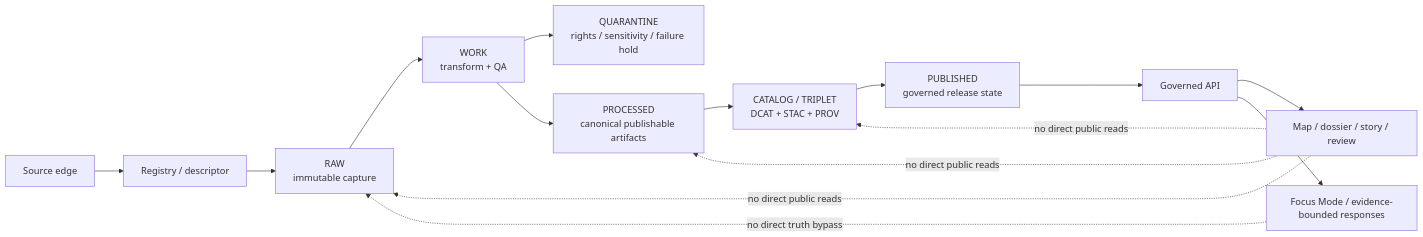
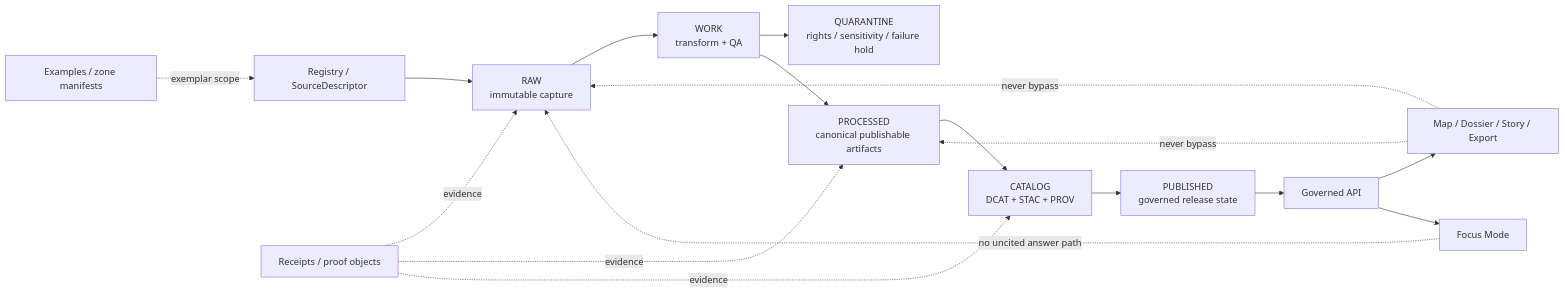
One commit to bartytime4life/Kansas-Frontier-Matrix changed the diagram in data/README.md. Above: the diagram before and after it, drawn with Mermaid. The commit also changed other lines of this file, not shown here.

````diff
--- a/data/README.md
+++ b/data/README.md
@@ -256,18 +264,21 @@
 ```mermaid
 flowchart LR
-    SRC[Source edge] --> REG[Registry / descriptor]
-    REG --> RAW[RAW<br/>immutable capture]
+    REG[Registry / SourceDescriptor] --> RAW[RAW<br/>immutable capture]
     RAW --> WORK[WORK<br/>transform + QA]
     WORK --> QUAR[QUARANTINE<br/>rights / sensitivity / failure hold]
     WORK --> PROC[PROCESSED<br/>canonical publishable artifacts]
-    PROC --> CAT[CATALOG / TRIPLET<br/>DCAT + STAC + PROV]
-    CAT --> REL[PUBLISHED<br/>governed release state]
-    REL --> API[Governed API]
-    API --> UI[Map / dossier / story / review]
-    API --> FOCUS[Focus Mode / evidence-bounded responses]
+    PROC --> CAT[CATALOG<br/>DCAT + STAC + PROV]
+    CAT --> PUB[PUBLISHED<br/>governed release state]
+    PUB --> API[Governed API]
+    API --> UI[Map / Dossier / Story / Export]
+    API --> FOCUS[Focus Mode]
 
-    UI -. no direct public reads .-> RAW
-    UI -. no direct public reads .-> PROC
-    UI -. no direct public reads .-> CAT
-    FOCUS -. no direct truth bypass .-> RAW
+    REC[Receipts / proof objects] -. evidence .-> RAW
+    REC -. evidence .-> PROC
+    REC -. evidence .-> CAT
+    EX[Examples / zone manifests] -. exemplar scope .-> REG
+
+    UI -. never bypass .-> RAW
+    UI -. never bypass .-> PROC
+    FOCUS -. no uncited answer path .-> RAW
 ```
````
